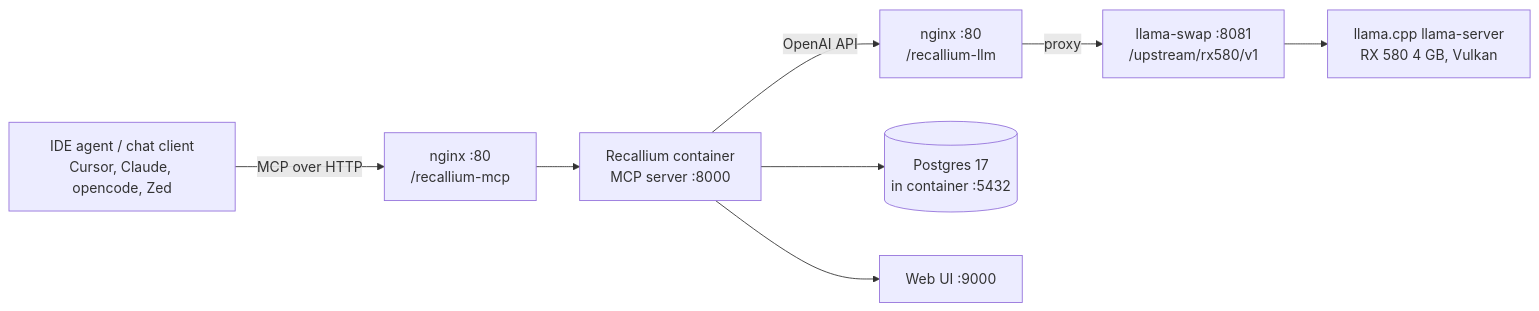
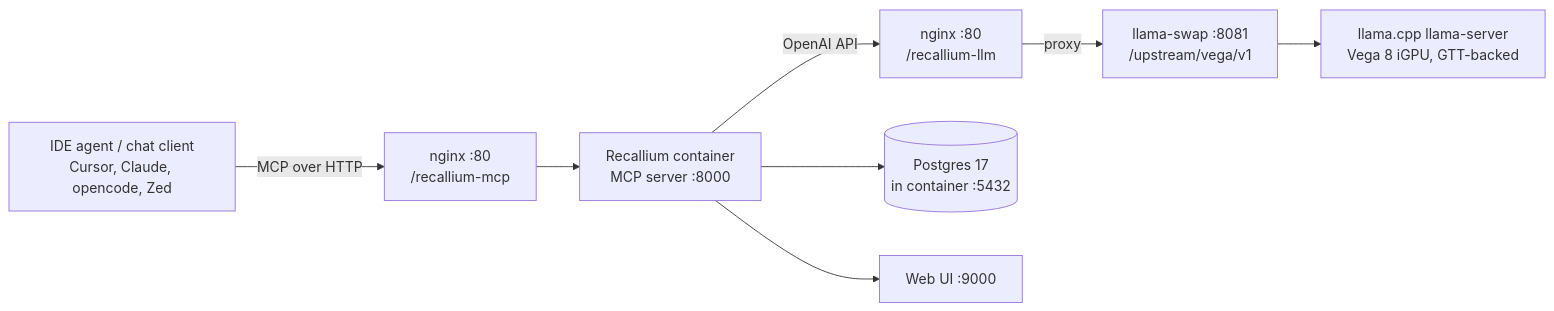
The diagram in docs/recallium.md (cjdell/nixos-config), drawn with Mermaid before and after one commit. The commit also changed other lines of this file and 7 other files, not shown here.

````diff
--- a/docs/recallium.md
+++ b/docs/recallium.md
@@ -18,10 +18,10 @@
 ```mermaid
 flowchart LR
     Agent[IDE agent / chat client<br/>Cursor, Claude, opencode, Zed] -->|MCP over HTTP| Nginx[nginx :80<br/>/recallium-mcp]
     Nginx --> MCP[Recallium container<br/>MCP server :8000]
     MCP -->|OpenAI API| Nginx2[nginx :80<br/>/recallium-llm]
-    Nginx2 -->|proxy| Swap[llama-swap :8081<br/>/upstream/rx580/v1]
-    Swap --> CPP[llama.cpp llama-server<br/>RX 580 4 GB, Vulkan]
+    Nginx2 -->|proxy| Swap[llama-swap :8081<br/>/upstream/vega/v1]
+    Swap --> CPP[llama.cpp llama-server<br/>Vega 8 iGPU, GTT-backed]
     MCP --> PG[(Postgres 17<br/>in container :5432)]
     MCP --> UI[Web UI :9000]
 ```
````
